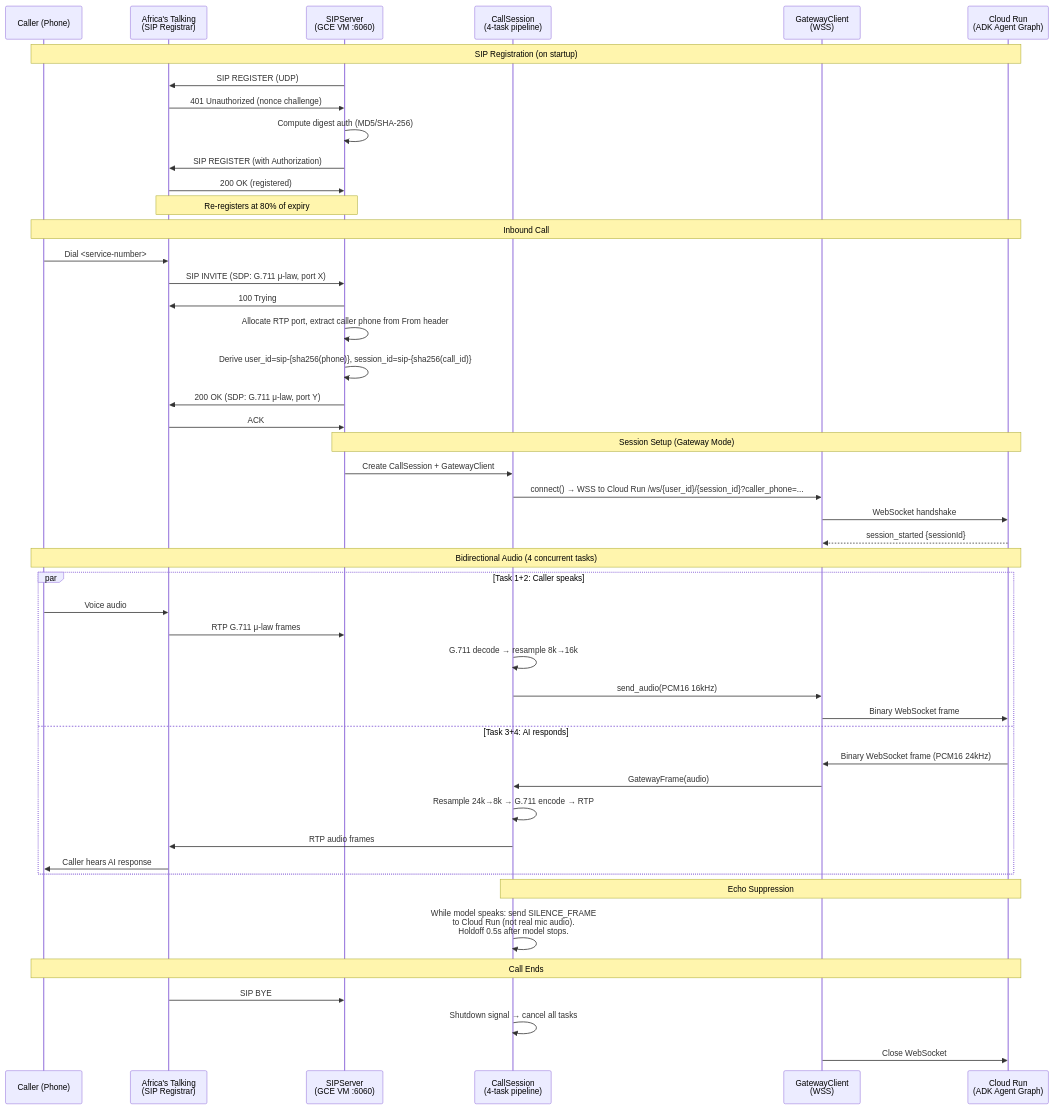
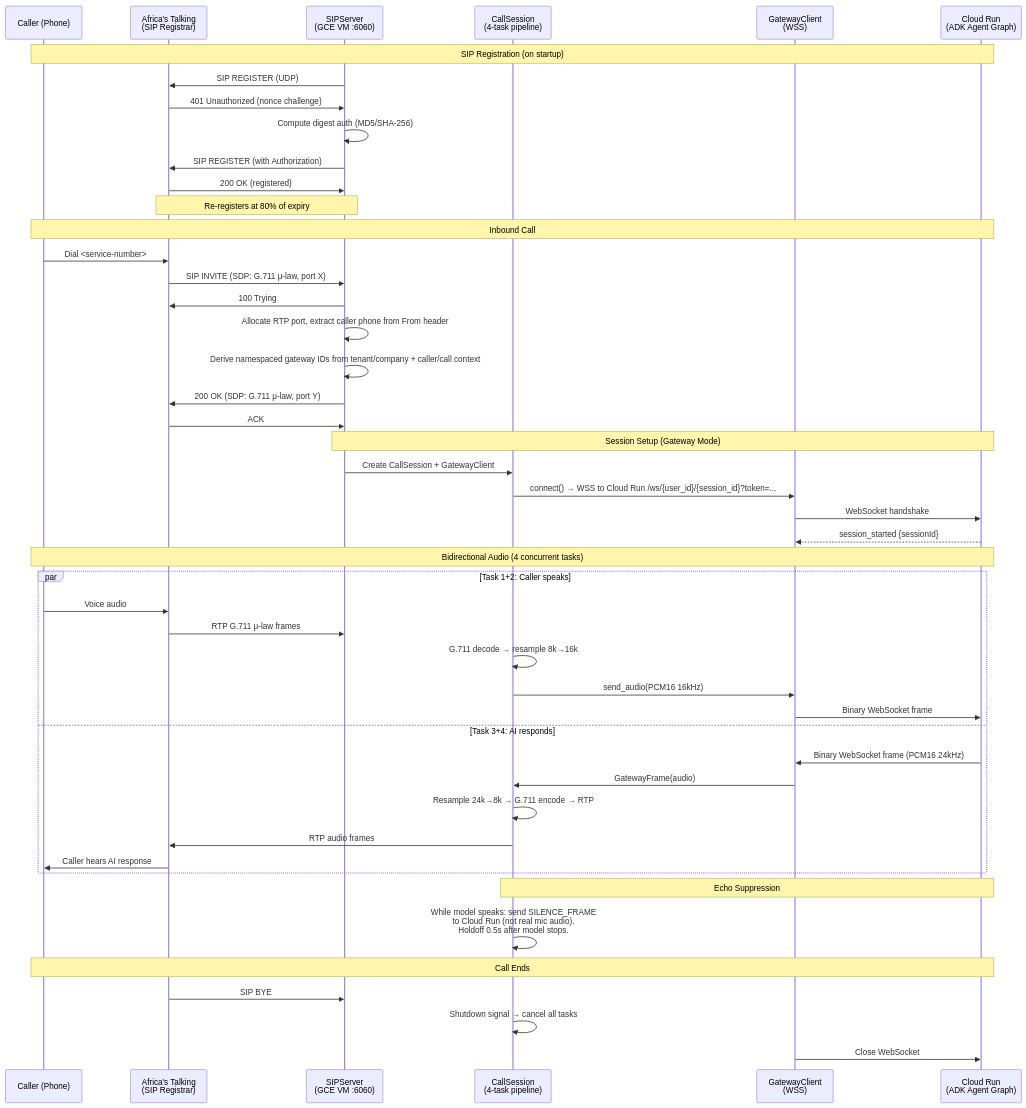
One commit to ogabasseyy/ekaette changed the second of 8 diagrams in docs/architecture/04-telephony.md. Above: the diagram before and after it, drawn with Mermaid. The commit also changed other lines of this file and 45 other files, not shown here.

````diff
--- a/docs/architecture/04-telephony.md
+++ b/docs/architecture/04-telephony.md
@@ -120,56 +119,56 @@
 ```mermaid
 sequenceDiagram
     participant CALLER as Caller (Phone)
     participant AT as Africa's Talking<br/>(SIP Registrar)
     participant SIP as SIPServer<br/>(GCE VM :6060)
     participant SESS as CallSession<br/>(4-task pipeline)
     participant GW as GatewayClient<br/>(WSS)
     participant CR as Cloud Run<br/>(ADK Agent Graph)
 
     Note over CALLER,CR: SIP Registration (on startup)
     SIP->>AT: SIP REGISTER (UDP)
     AT->>SIP: 401 Unauthorized (nonce challenge)
     SIP->>SIP: Compute digest auth (MD5/SHA-256)
     SIP->>AT: SIP REGISTER (with Authorization)
     AT->>SIP: 200 OK (registered)
     Note over SIP,AT: Re-registers at 80% of expiry
 
     Note over CALLER,CR: Inbound Call
     CALLER->>AT: Dial <service-number>
     AT->>SIP: SIP INVITE (SDP: G.711 μ-law, port X)
     SIP->>AT: 100 Trying
     SIP->>SIP: Allocate RTP port, extract caller phone from From header
-    SIP->>SIP: Derive user_id=sip-{sha256(phone)}, session_id=sip-{sha256(call_id)}
+    SIP->>SIP: Derive namespaced gateway IDs from tenant/company + caller/call context
     SIP->>AT: 200 OK (SDP: G.711 μ-law, port Y)
     AT->>SIP: ACK
 
     Note over SIP,CR: Session Setup (Gateway Mode)
     SIP->>SESS: Create CallSession + GatewayClient
-    SESS->>GW: connect() → WSS to Cloud Run /ws/{user_id}/{session_id}?caller_phone=...
+    SESS->>GW: connect() → WSS to Cloud Run /ws/{user_id}/{session_id}?token=...
     GW->>CR: WebSocket handshake
     CR-->>GW: session_started {sessionId}
 
     Note over CALLER,CR: Bidirectional Audio (4 concurrent tasks)
 
     par Task 1+2: Caller speaks
         CALLER->>AT: Voice audio
         AT->>SIP: RTP G.711 μ-law frames
         SESS->>SESS: G.711 decode → resample 8k→16k
         SESS->>GW: send_audio(PCM16 16kHz)
         GW->>CR: Binary WebSocket frame
     and Task 3+4: AI responds
         CR->>GW: Binary WebSocket frame (PCM16 24kHz)
         GW->>SESS: GatewayFrame(audio)
         SESS->>SESS: Resample 24k→8k → G.711 encode → RTP
         SESS->>AT: RTP audio frames
         AT->>CALLER: Caller hears AI response
     end
 
     Note over SESS,CR: Echo Suppression
     SESS->>SESS: While model speaks: send SILENCE_FRAME<br/>to Cloud Run (not real mic audio).<br/>Holdoff 0.5s after model stops.
 
     Note over CALLER,CR: Call Ends
     AT->>SIP: SIP BYE
     SESS->>SESS: Shutdown signal → cancel all tasks
     GW->>CR: Close WebSocket
 ```
````
